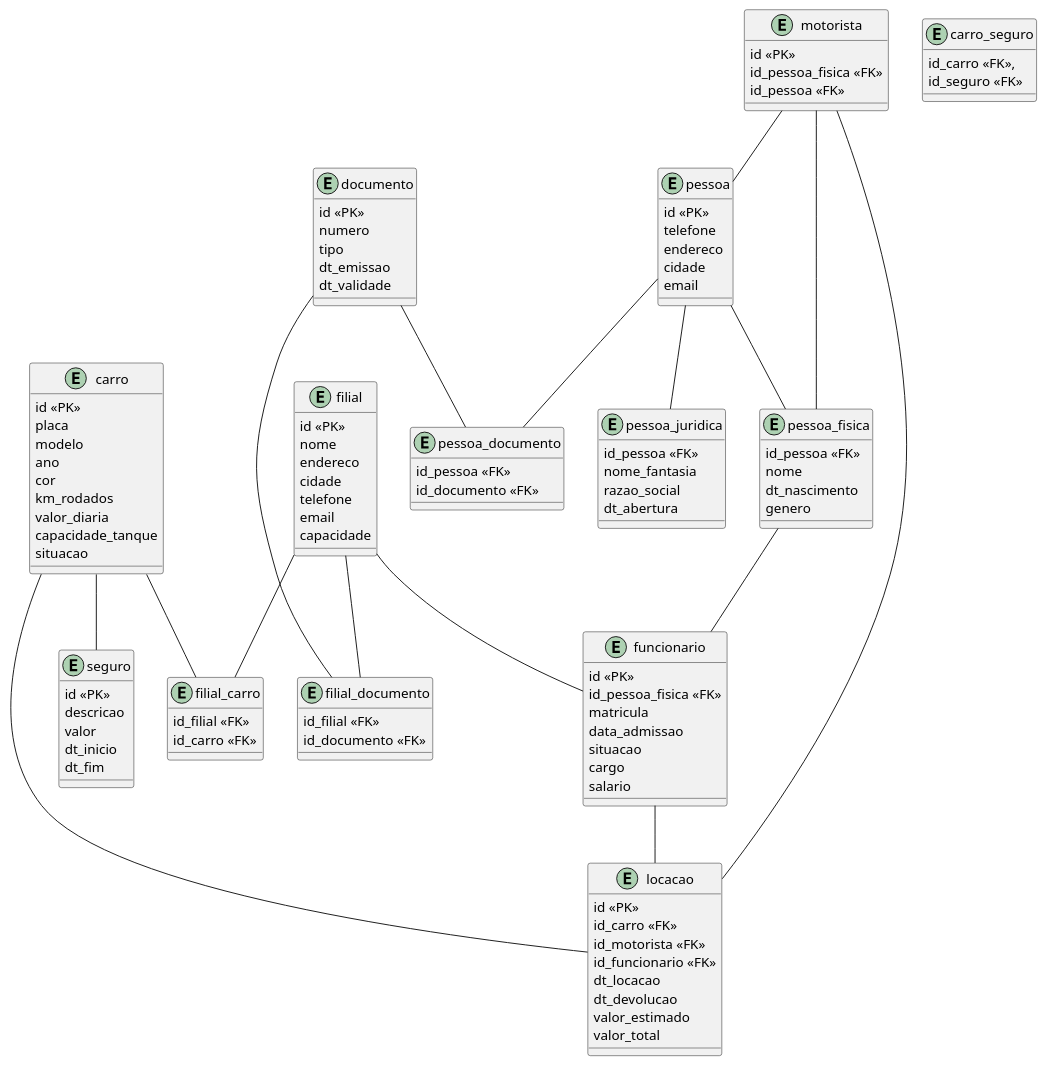
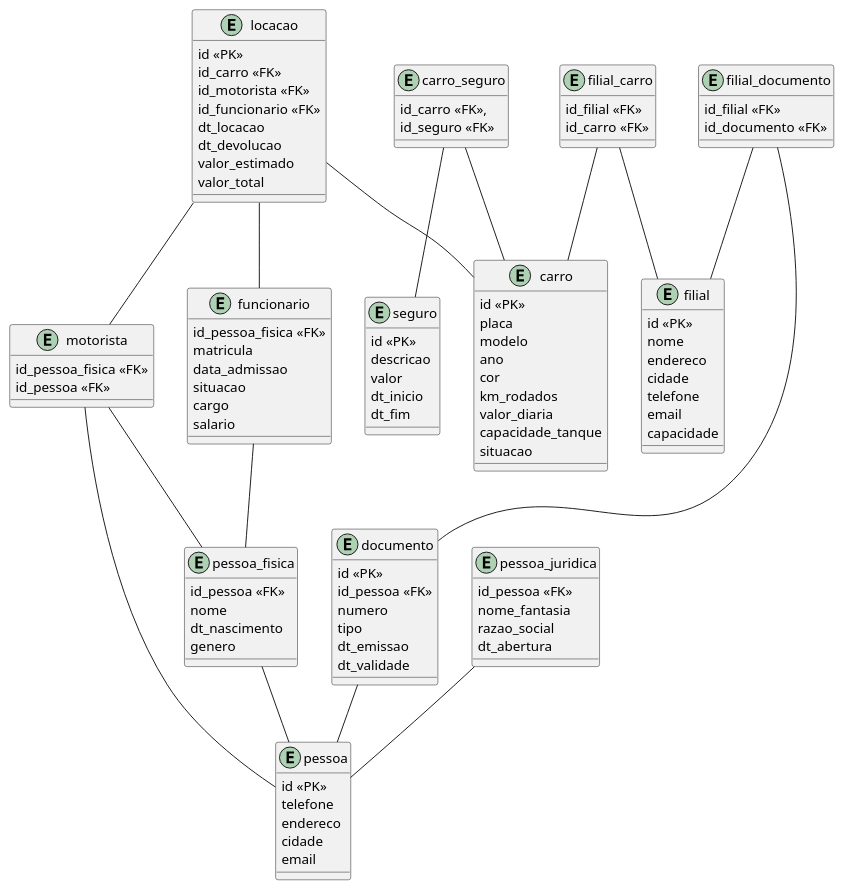
Before and after one commit to Berjooj/bd_proj_locacao_veiculos: the diagram in veiculos.plantuml, drawn with PlantUML. The commit also changed 4 other files, not shown here.

```diff
--- a/veiculos.plantuml
+++ b/veiculos.plantuml
@@ -1,136 +1,128 @@
 @startuml LocacaoCarros
 
 entity documento{
     id <<PK>>
+    id_pessoa <<FK>>
     numero
     tipo
     dt_emissao
     dt_validade
 }
 
 entity pessoa {
     id <<PK>>
     telefone
     endereco
     cidade
     email
-}
-
-entity pessoa_documento {
-    id_pessoa <<FK>>
-    id_documento <<FK>>
 }
 
 entity pessoa_fisica {
     id_pessoa <<FK>>
     nome
     dt_nascimento
     genero
 }
 
 entity pessoa_juridica {
     id_pessoa <<FK>>
     nome_fantasia
     razao_social
     dt_abertura
 }
 
 entity motorista {
-    id <<PK>>
     id_pessoa_fisica <<FK>>
     id_pessoa <<FK>>
 }
 
 entity carro {
     id <<PK>>
     placa
     modelo
     ano
     cor
     km_rodados
     valor_diaria
     capacidade_tanque
     situacao
 }
 
 entity locacao {
     id <<PK>>
     id_carro <<FK>>
     id_motorista <<FK>>
     id_funcionario <<FK>>
     dt_locacao
     dt_devolucao
     valor_estimado
     valor_total
 }
 
 entity filial {
     id <<PK>>
     nome
     endereco
     cidade
     telefone
     email
     capacidade
 }
 
 entity funcionario {
-    id <<PK>>
     id_pessoa_fisica <<FK>>
     matricula
     data_admissao
     situacao
     cargo
     salario
 }
 
 entity filial_carro {
     id_filial <<FK>>
     id_carro <<FK>>
 }
 
 entity filial_documento {
     id_filial <<FK>>
     id_documento <<FK>>
 }
 
 entity seguro {
     id <<PK>>
     descricao
     valor
     dt_inicio
     dt_fim
 }
 
 entity carro_seguro {
     id_carro <<FK>>,
     id_seguro <<FK>>
 }
 
-pessoa -- pessoa_documento
-documento -- pessoa_documento
+carro_seguro -- seguro
+carro_seguro -- carro
 
-pessoa -- pessoa_fisica
-pessoa -- pessoa_juridica
+filial_carro -- filial
+filial_carro -- carro
 
+filial_documento -- filial
+filial_documento -- documento
+
+pessoa_fisica -- pessoa
+pessoa_juridica -- pessoa
+
+motorista -- pessoa
 motorista -- pessoa_fisica
-motorista -- pessoa
 
-pessoa_fisica -- funcionario
+funcionario -- pessoa_fisica
 
-carro -- filial_carro
-filial -- filial_carro
+locacao -- carro
+locacao -- motorista
+locacao -- funcionario
 
-carro -- seguro
-
-carro -- locacao
-motorista -- locacao
-funcionario -- locacao
-
-filial -- funcionario
-
-filial -- filial_documento
-documento -- filial_documento
+documento -- pessoa
 
 
 @enduml
```
